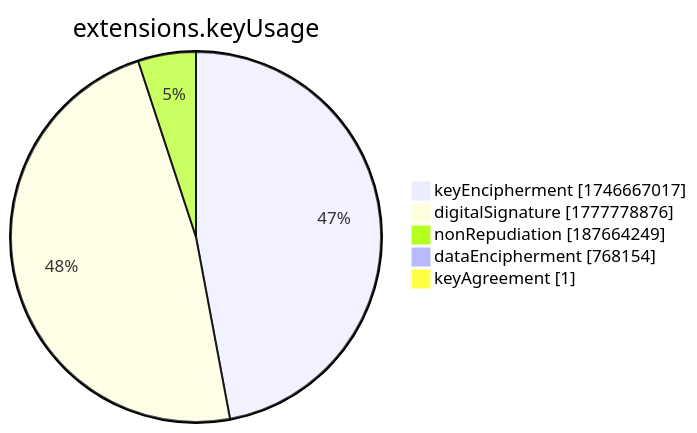
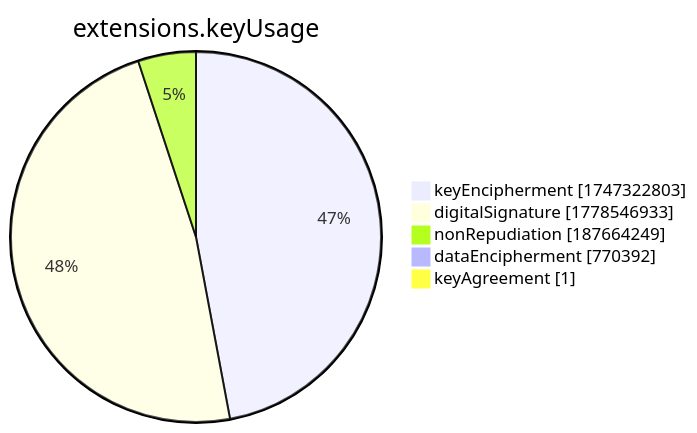
One commit to christiankrug/ctmonitor_visualization changed the seventh of 15 diagrams in xenon2022/README.md. Above: the diagram before and after it, drawn with Mermaid. The commit also changed other lines of this file, not shown here.

````diff
--- a/xenon2022/README.md
+++ b/xenon2022/README.md
@@ -2859,9 +2859,9 @@
 ```mermaid
 pie showData
 title extensions.keyUsage
-"keyEncipherment" :1746667017
-"digitalSignature" :1777778876
+"keyEncipherment" :1747322803
+"digitalSignature" :1778546933
 "nonRepudiation" :187664249
-"dataEncipherment" :768154
+"dataEncipherment" :770392
 "keyAgreement" :1
 ```
````
